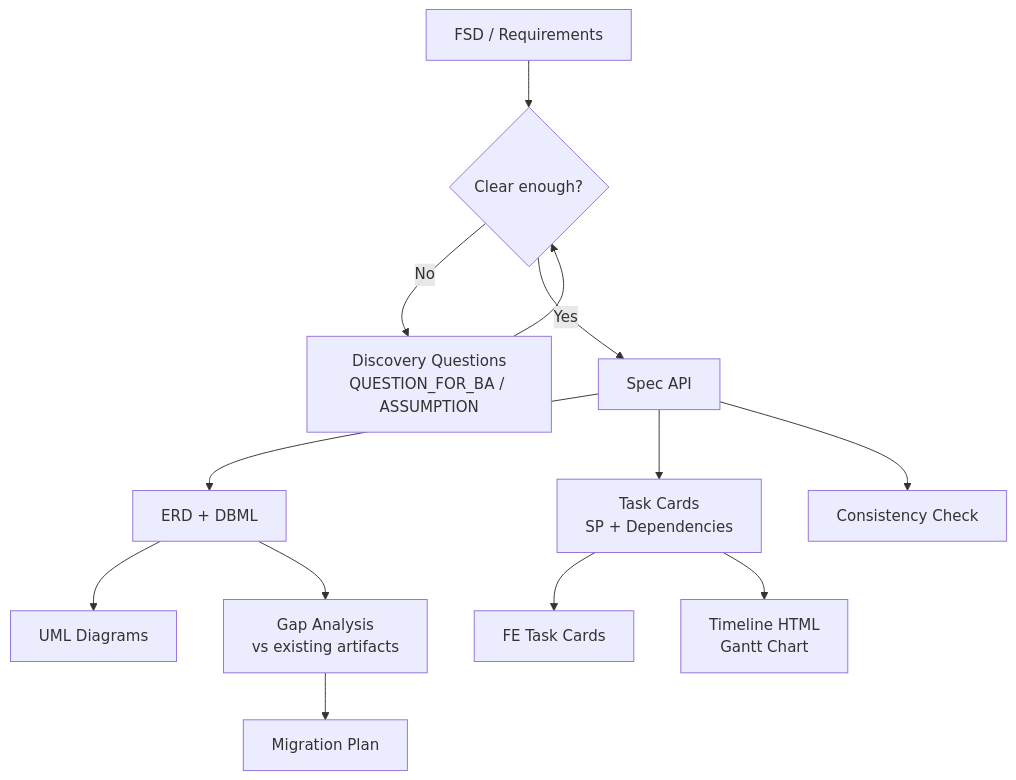
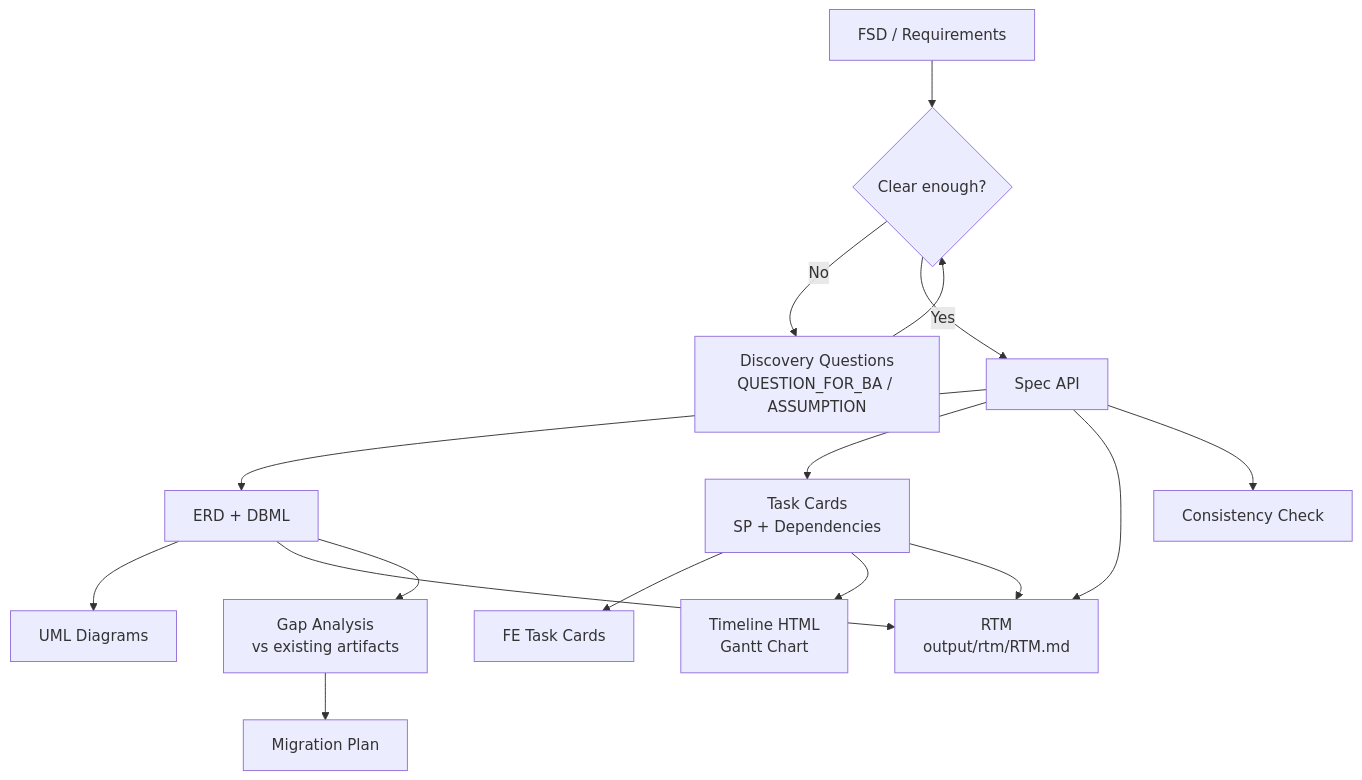
The diagram in src-tauri/vendor-skills/fsd-analyzer/README.md (rogasper/onesist), drawn with Mermaid before and after one commit. The commit also changed other lines of this file and 43 other files, not shown here.

````diff
--- a/src-tauri/vendor-skills/fsd-analyzer/README.md
+++ b/src-tauri/vendor-skills/fsd-analyzer/README.md
@@ -201,15 +227,18 @@
 ```mermaid
 flowchart TD
     FSD[FSD / Requirements] --> DISC{Clear enough?}
     DISC -->|No| QUESTIONS[Discovery Questions<br/>QUESTION_FOR_BA / ASSUMPTION]
     QUESTIONS --> DISC
     DISC -->|Yes| SPEC[Spec API]
     SPEC --> ERD[ERD + DBML]
     ERD --> UML[UML Diagrams]
     SPEC --> TASKS[Task Cards<br/>SP + Dependencies]
     TASKS --> FE_TASKS[FE Task Cards]
     TASKS --> TIMELINE[Timeline HTML<br/>Gantt Chart]
+    SPEC --> RTM[RTM<br/>output/rtm/RTM.md]
+    ERD --> RTM
+    TASKS --> RTM
     ERD --> GAP[Gap Analysis<br/>vs existing artifacts]
     GAP --> MIGRATION[Migration Plan]
     SPEC --> CONSISTENCY[Consistency Check]
 ```
````
